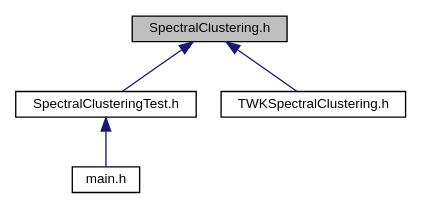
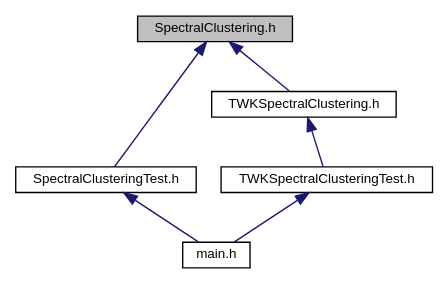
One commit to alexisVallet/animation-character-identification changed the diagram in _spectral_clustering_8h__dep__incl.dot. Above: the diagram before and after it, drawn with Graphviz. The commit also changed 198 other files, not shown here.

```diff
--- a/_spectral_clustering_8h__dep__incl.dot
+++ b/_spectral_clustering_8h__dep__incl.dot
@@ -1,12 +1,15 @@
 digraph "SpectralClustering.h"
 {
   edge [fontname="Helvetica",fontsize="10",labelfontname="Helvetica",labelfontsize="10"];
   node [fontname="Helvetica",fontsize="10",shape=record];
   Node1 [label="SpectralClustering.h",height=0.2,width=0.4,color="black", fillcolor="grey75", style="filled" fontcolor="black"];
   Node1 -> Node2 [dir="back",color="midnightblue",fontsize="10",style="solid",fontname="Helvetica"];
   Node2 [label="SpectralClusteringTest.h",height=0.2,width=0.4,color="black", fillcolor="white", style="filled",URL="$_spectral_clustering_test_8h_source.html"];
   Node2 -> Node3 [dir="back",color="midnightblue",fontsize="10",style="solid",fontname="Helvetica"];
   Node3 [label="main.h",height=0.2,width=0.4,color="black", fillcolor="white", style="filled",URL="$main_8h_source.html"];
   Node1 -> Node4 [dir="back",color="midnightblue",fontsize="10",style="solid",fontname="Helvetica"];
   Node4 [label="TWKSpectralClustering.h",height=0.2,width=0.4,color="black", fillcolor="white", style="filled",URL="$_t_w_k_spectral_clustering_8h.html"];
+  Node4 -> Node5 [dir="back",color="midnightblue",fontsize="10",style="solid",fontname="Helvetica"];
+  Node5 [label="TWKSpectralClusteringTest.h",height=0.2,width=0.4,color="black", fillcolor="white", style="filled",URL="$_t_w_k_spectral_clustering_test_8h_source.html"];
+  Node5 -> Node3 [dir="back",color="midnightblue",fontsize="10",style="solid",fontname="Helvetica"];
 }
```
